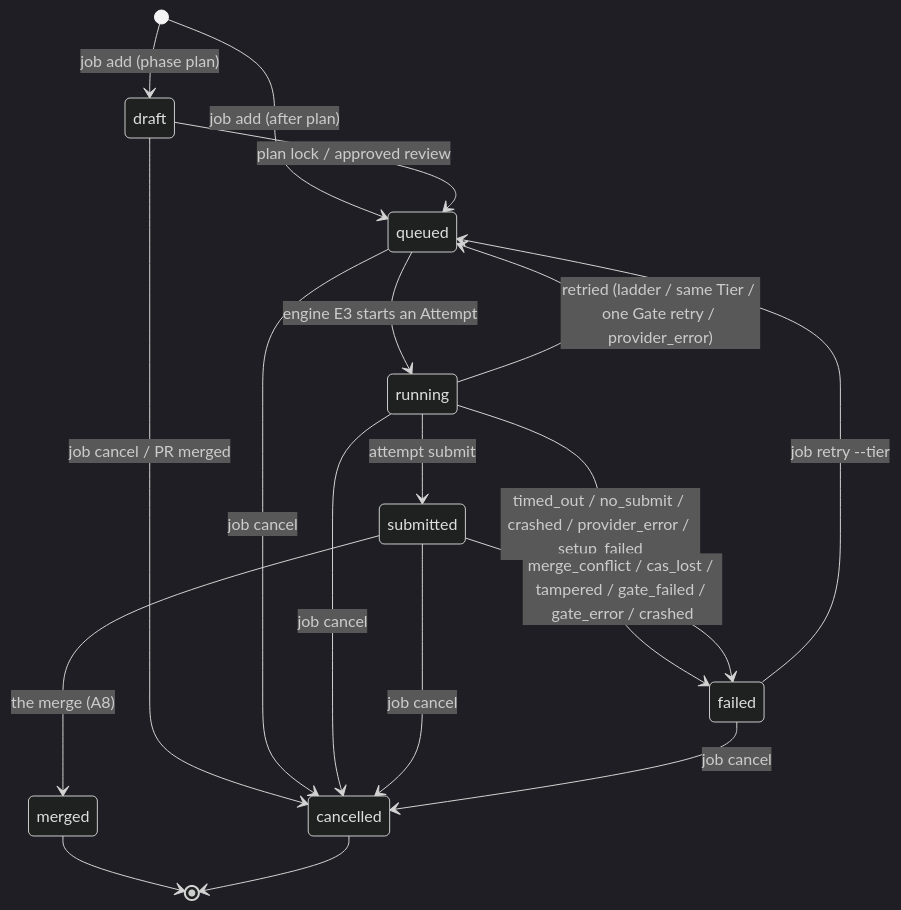
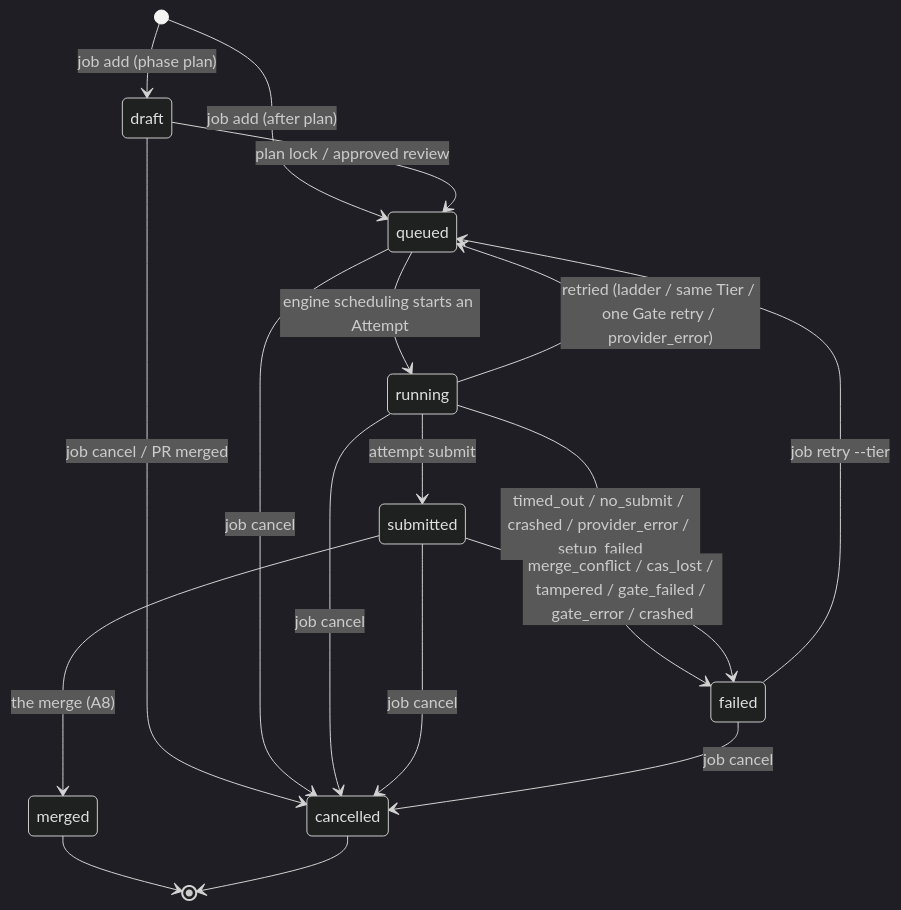
The diagram in docs/architecture/job-lifecycle.md (clayton-duarte/cpd), drawn with Mermaid (dark theme) before and after one commit. The commit also changed other lines of this file and 23 other files, not shown here.

````diff
--- a/docs/architecture/job-lifecycle.md
+++ b/docs/architecture/job-lifecycle.md
@@ -17,20 +17,20 @@
 ```mermaid
 stateDiagram-v2
     [*] --> draft: job add (phase plan)
     [*] --> queued: job add (after plan)
     draft --> queued: plan lock / approved review
-    queued --> running: engine E3 starts an Attempt
+    queued --> running: engine scheduling starts an Attempt
     running --> submitted: attempt submit
     submitted --> merged: the merge (A8)
     running --> failed: timed_out / no_submit / crashed / provider_error / setup_failed
     submitted --> failed: merge_conflict / cas_lost / tampered / gate_failed / gate_error / crashed
     running --> queued: retried (ladder / same Tier / one Gate retry / provider_error)
     failed --> queued: job retry --tier
     draft --> cancelled: job cancel / PR merged
     queued --> cancelled: job cancel
     running --> cancelled: job cancel
     submitted --> cancelled: job cancel
     failed --> cancelled: job cancel
     merged --> [*]
     cancelled --> [*]
 ```
````
